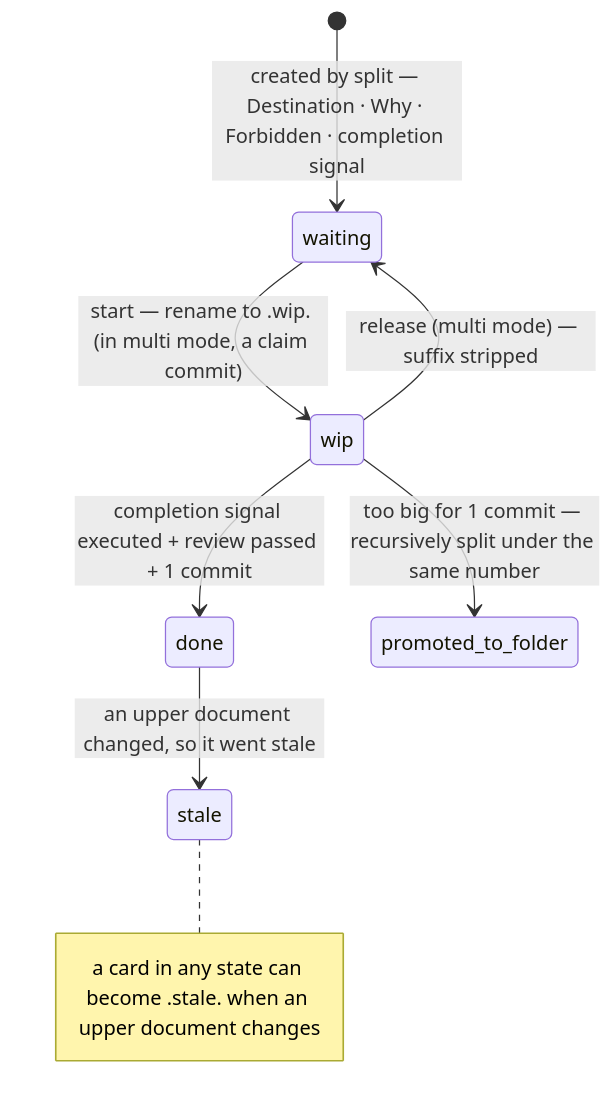
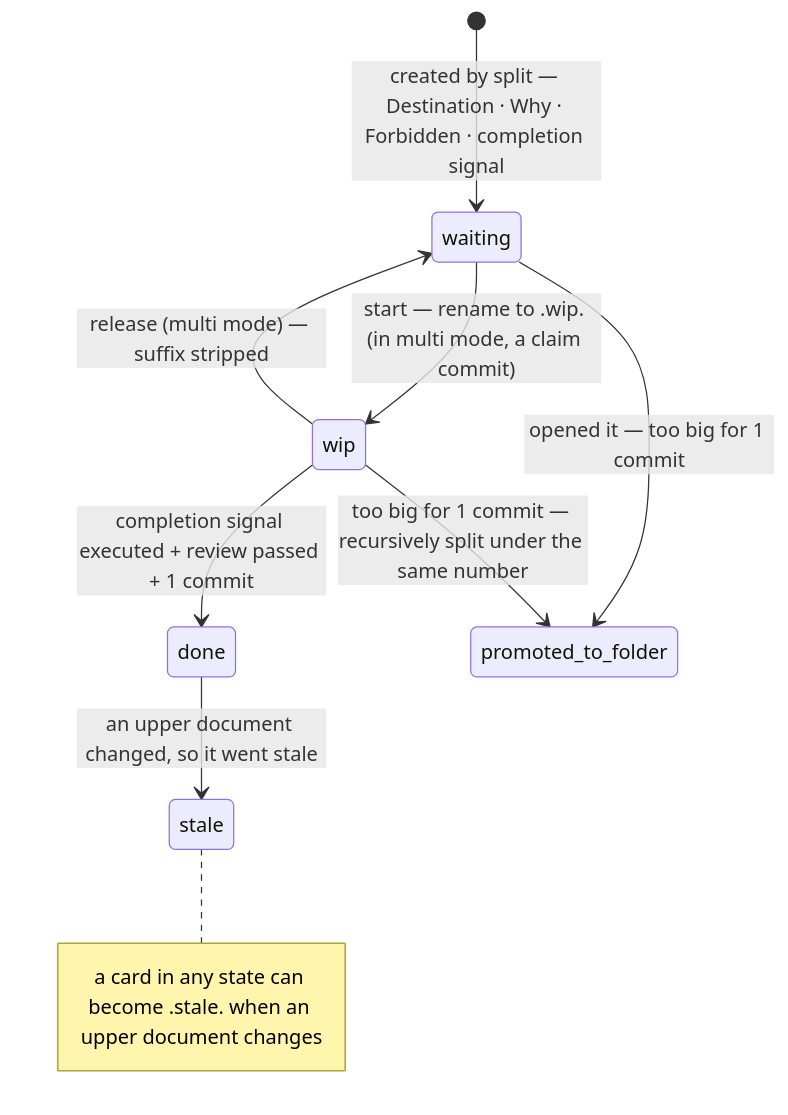
One commit to nanomia-ai/devflow changed the second of 3 diagrams in README.md. Above: the diagram before and after it, drawn with Mermaid. The commit also changed 12 other files, not shown here.

````diff
--- a/README.md
+++ b/README.md
@@ -59,10 +59,11 @@
 ```mermaid
 stateDiagram-v2
     [*] --> waiting: created by split — Destination · Why · Forbidden · completion signal
     waiting --> wip: start — rename to .wip. (in multi mode, a claim commit)
     wip --> waiting: release (multi mode) — suffix stripped
     wip --> done: completion signal executed + review passed + 1 commit
+    waiting --> promoted_to_folder: opened it — too big for 1 commit
     wip --> promoted_to_folder: too big for 1 commit — recursively split under the same number
     done --> stale: an upper document changed, so it went stale
     note right of stale : a card in any state can become .stale. when an upper document changes
 ```
````
